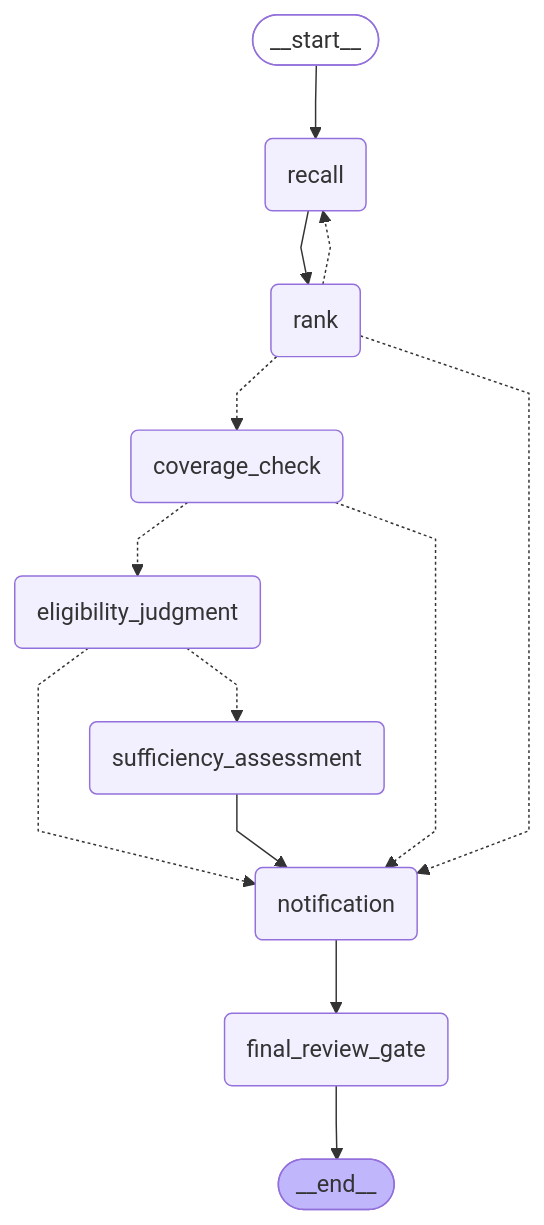
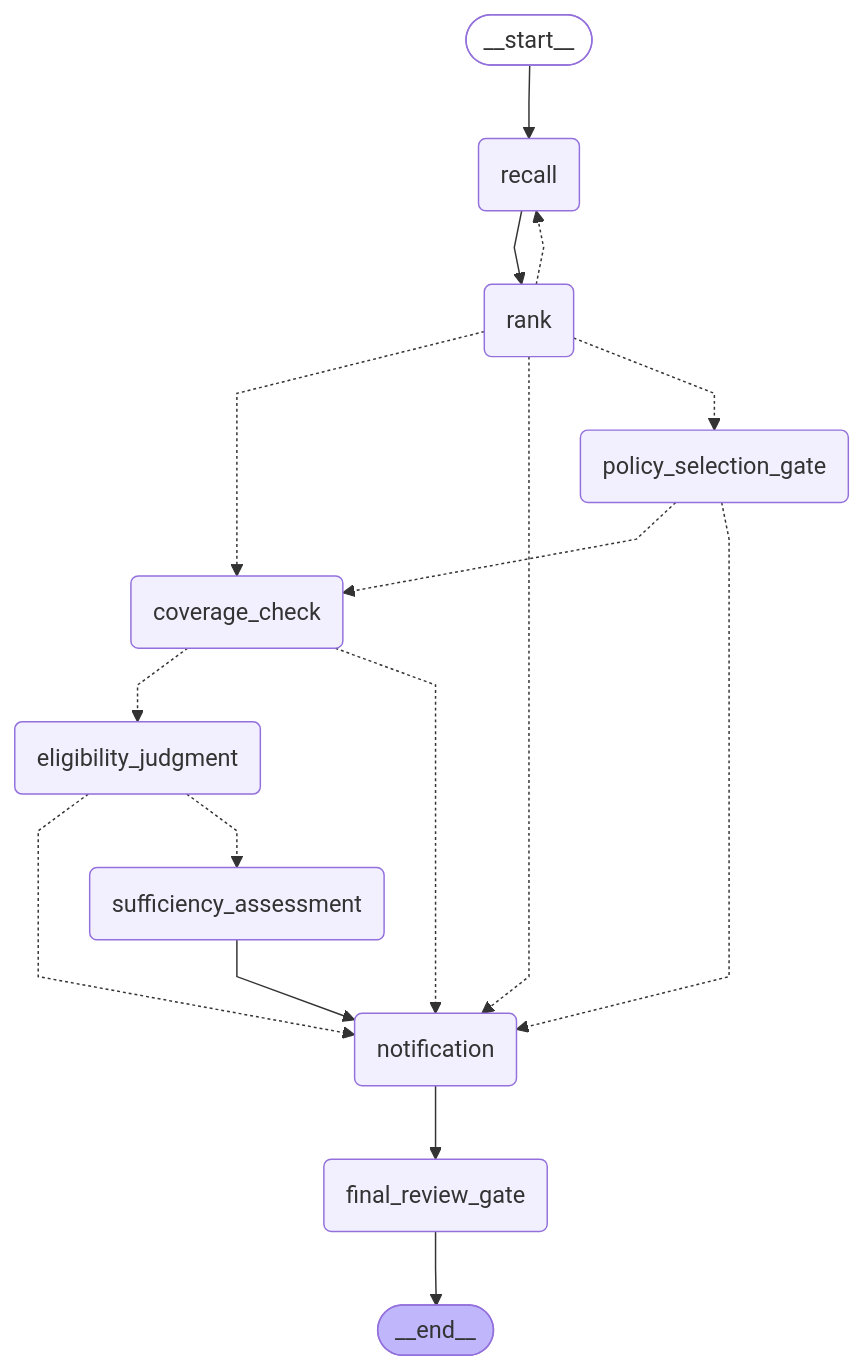
One commit to suhaskarnik/ins-agent changed the diagram in docs/graph.mmd. Above: the diagram before and after it, drawn with Mermaid. The commit also changed 12 other files, not shown here.

First line of the commit message:
Add Policy Selection Gate for tc003 ambiguous-match triage (ticket 06)

```diff
--- a/docs/graph.mmd
+++ b/docs/graph.mmd
@@ -1,30 +1,34 @@
 ---
 config:
   flowchart:
     curve: linear
 ---
 graph TD;
 	__start__([<p>__start__</p>]):::first
 	recall(recall)
 	rank(rank)
+	policy_selection_gate(policy_selection_gate)
 	coverage_check(coverage_check)
 	eligibility_judgment(eligibility_judgment)
 	sufficiency_assessment(sufficiency_assessment)
 	notification(notification)
 	final_review_gate(final_review_gate)
 	__end__([<p>__end__</p>]):::last
 	__start__ --> recall;
 	coverage_check -.-> eligibility_judgment;
 	coverage_check -.-> notification;
 	eligibility_judgment -.-> notification;
 	eligibility_judgment -.-> sufficiency_assessment;
 	notification --> final_review_gate;
+	policy_selection_gate -.-> coverage_check;
+	policy_selection_gate -.-> notification;
 	rank -.-> coverage_check;
 	rank -.-> notification;
+	rank -.-> policy_selection_gate;
 	rank -.-> recall;
 	recall --> rank;
 	sufficiency_assessment --> notification;
 	final_review_gate --> __end__;
 	classDef default fill:#f2f0ff,line-height:1.2
 	classDef first fill-opacity:0
 	classDef last fill:#bfb6fc
```
